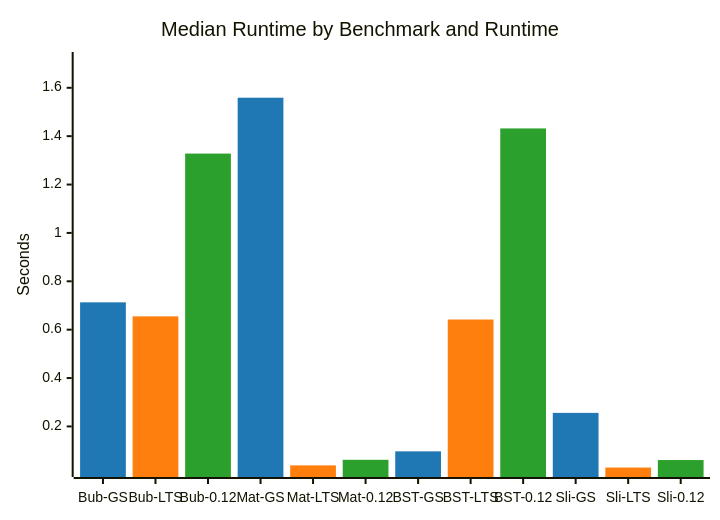
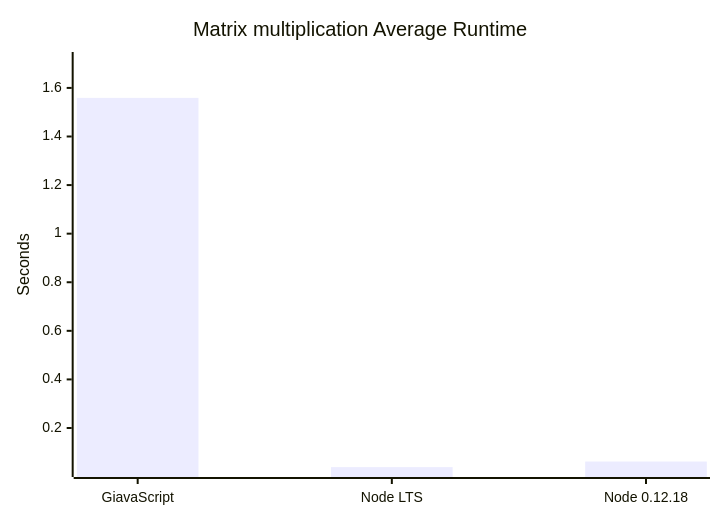
The second of 4 diagrams in README.md (GiavaScript/GiavaScript), drawn with Mermaid before and after one commit. The commit also changed other lines of this file and 4 other files, not shown here.

````diff
--- a/README.md
+++ b/README.md
@@ -77,10 +85,7 @@
 ```mermaid
-%%{init: {"themeVariables": {"xyChart": {"plotColorPalette": "#1f77b4, #ff7f0e, #2ca02c"}}}}%%
 xychart-beta
-    title "Median Runtime by Benchmark and Runtime"
-    x-axis ["Bub-GS", "Bub-LTS", "Bub-0.12", "Mat-GS", "Mat-LTS", "Mat-0.12", "BST-GS", "BST-LTS", "BST-0.12", "Sli-GS", "Sli-LTS", "Sli-0.12"]
-    y-axis "Seconds" 0.024 --> 1.7149
-    bar [0.713, -1, -1, 1.559, -1, -1, 0.097, -1, -1, 0.256, -1, -1]
-    bar [-1, 0.655, -1, -1, 0.039, -1, -1, 0.642, -1, -1, 0.03, -1]
-    bar [-1, -1, 1.328, -1, -1, 0.062, -1, -1, 1.432, -1, -1, 0.061]
+    title "Matrix multiplication Average Runtime"
+    x-axis ["GiavaScript", "Node LTS", "Node 0.12.18"]
+    y-axis "Seconds" 0.0312 --> 1.7149
+    bar [1.559, 0.039, 0.062]
 ```
````
